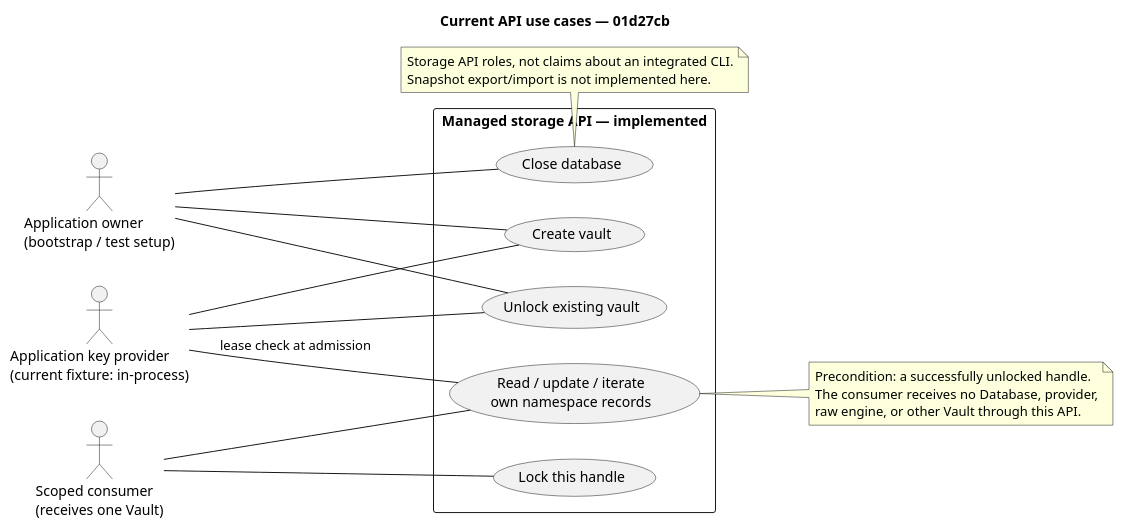
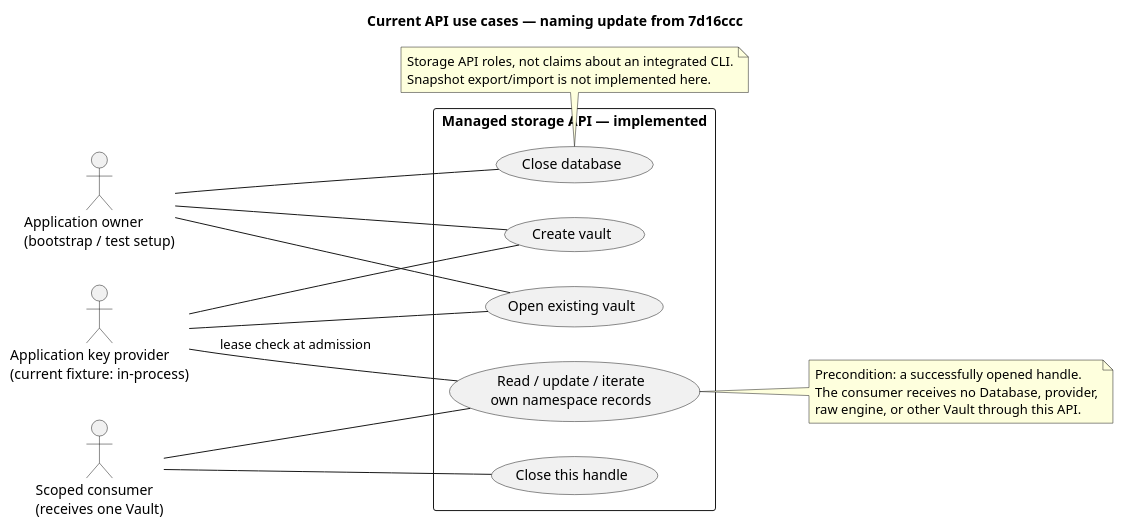
Before and after one commit to lainio/ic: the first of 4 diagrams in docs/architecture/managed-storage-current-system.md, drawn with PlantUML. The commit also changed other lines of this file and 13 other files, not shown here.

Commit message:
refactor rn OpenVault/vault.Close, example ready, documentation updated

```diff
--- a/docs/architecture/managed-storage-current-system.md
+++ b/docs/architecture/managed-storage-current-system.md
@@ -63,34 +108,34 @@
 ~~~plantuml
 @startuml
 left to right direction
 skinparam shadowing false
-title Current API use cases — 01d27cb
+title Current API use cases — naming update from 7d16ccc
 actor "Application owner\n(bootstrap / test setup)" as Owner
 actor "Scoped consumer\n(receives one Vault)" as Consumer
 actor "Application key provider\n(current fixture: in-process)" as Provider
 rectangle "Managed storage API — implemented" {
     usecase "Create vault" as Create
-    usecase "Unlock existing vault" as Unlock
+    usecase "Open existing vault" as OpenExisting
     usecase "Read / update / iterate\nown namespace records" as Use
-    usecase "Lock this handle" as Lock
-    usecase "Close database" as Close
+    usecase "Close this handle" as CloseVault
+    usecase "Close database" as CloseDatabase
 }
 Owner -- Create
-Owner -- Unlock
-Owner -- Close
+Owner -- OpenExisting
+Owner -- CloseDatabase
 Consumer -- Use
-Consumer -- Lock
+Consumer -- CloseVault
 Provider -- Create
-Provider -- Unlock
+Provider -- OpenExisting
 Provider -- Use : lease check at admission
 note right of Use
-  Precondition: a successfully unlocked handle.
+  Precondition: a successfully opened handle.
   The consumer receives no Database, provider,
   raw engine, or other Vault through this API.
 end note
-note bottom of Close
+note bottom of CloseDatabase
   Storage API roles, not claims about an integrated CLI.
   Snapshot export/import is not implemented here.
 end note
 @enduml
 ~~~
```
